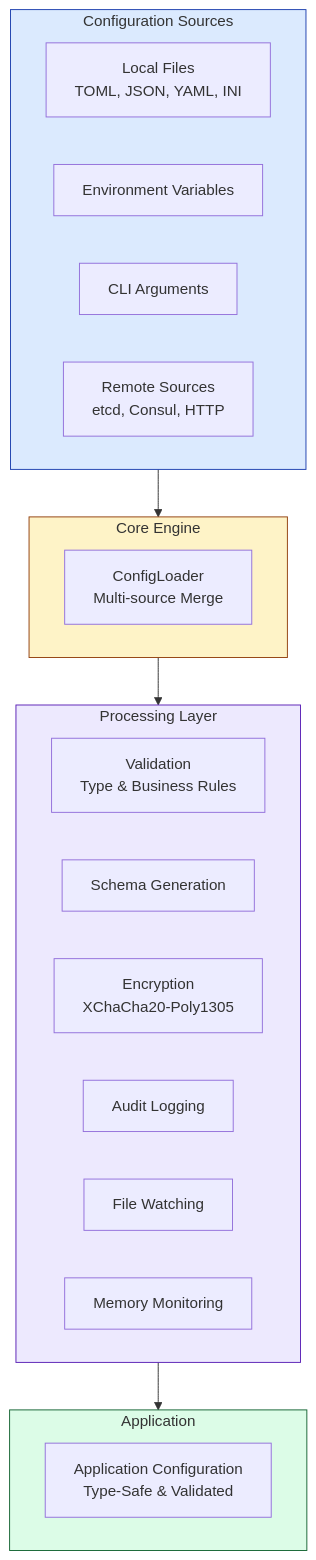
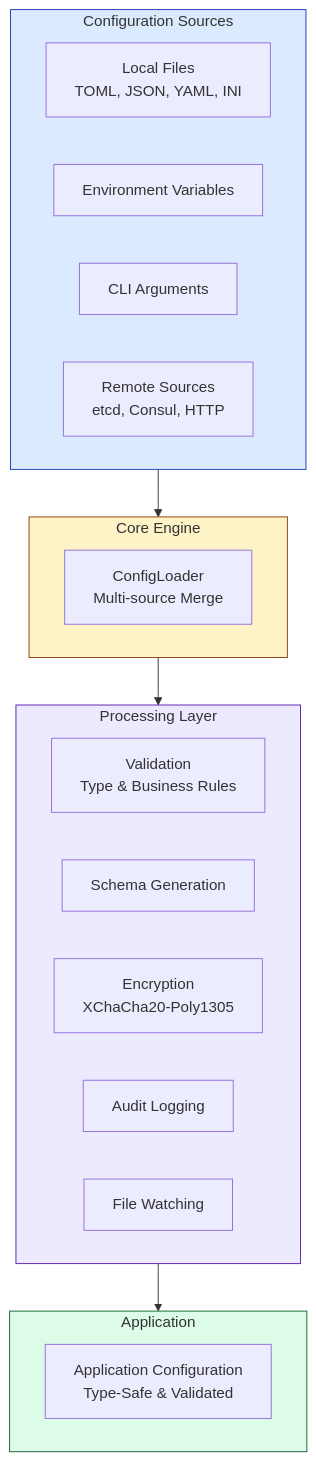
One commit to Kirky-X/confers changed the second of 3 diagrams in README.md. Above: the diagram before and after it, drawn with Mermaid. The commit also changed other lines of this file and 1 other file, not shown here.

First line of the commit message:
docs: remove stale metrics references from README mermaid diagrams

````diff
--- a/README.md
+++ b/README.md
@@ -709,35 +707,34 @@
 ```mermaid
 graph TB
     subgraph Sources ["Configuration Sources"]
         A["Local Files<br/>TOML, JSON, YAML, INI"]
         B["Environment Variables"]
         C["CLI Arguments"]
         D["Remote Sources<br/>etcd, Consul, HTTP"]
     end
 
     subgraph Core ["Core Engine"]
         E["ConfigLoader<br/>Multi-source Merge"]
     end
 
     subgraph Processing ["Processing Layer"]
         F["Validation<br/>Type & Business Rules"]
         G["Schema Generation"]
         H["Encryption<br/>XChaCha20-Poly1305"]
         I["Audit Logging"]
         J["File Watching"]
-        K["Memory Monitoring"]
     end
 
     subgraph Output ["Application"]
         L["Application Configuration<br/>Type-Safe & Validated"]
     end
 
     Sources --> Core
     Core --> Processing
     Processing --> Output
 
     style Sources fill:#DBEAFE,stroke:#1E40AF
     style Core fill:#FEF3C7,stroke:#92400E
     style Processing fill:#EDE9FE,stroke:#5B21B6
     style Output fill:#DCFCE7,stroke:#166534
 ```
````
